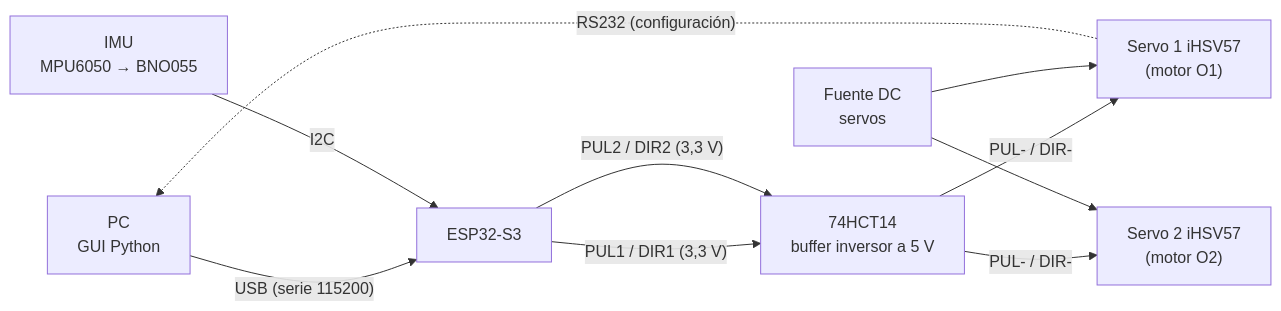
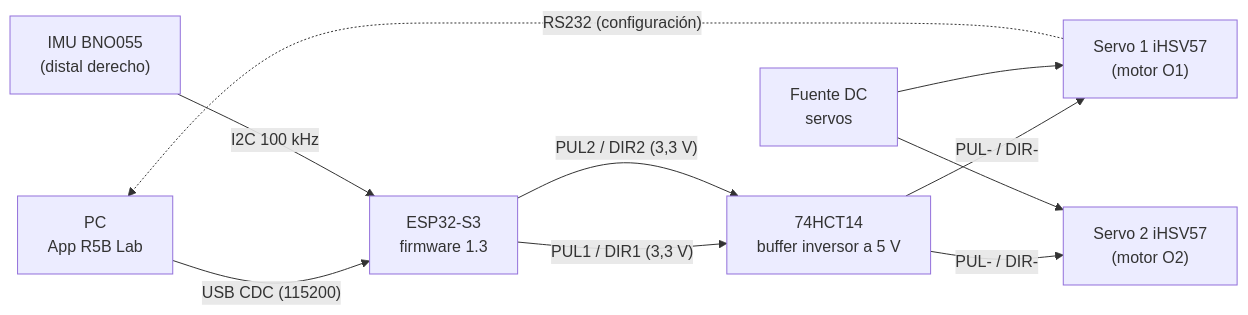
One commit to Luna-stack133/Robot-5-barras changed the diagram in docs/02-hardware.md. Above: the diagram before and after it, drawn with Mermaid. The commit also changed other lines of this file and 92 other files, not shown here.

````diff
--- a/docs/02-hardware.md
+++ b/docs/02-hardware.md
@@ -5,12 +5,12 @@
 ```mermaid
 flowchart LR
-    PC["PC<br/>GUI Python"] -- "USB (serie 115200)" --> ESP["ESP32-S3"]
+    PC["PC<br/>App R5B Lab"] -- "USB CDC (115200)" --> ESP["ESP32-S3<br/>firmware 1.3"]
     ESP -- "PUL1 / DIR1 (3,3 V)" --> BUF["74HCT14<br/>buffer inversor a 5 V"]
     ESP -- "PUL2 / DIR2 (3,3 V)" --> BUF
     BUF -- "PUL- / DIR-" --> S1["Servo 1 iHSV57<br/>(motor O1)"]
     BUF -- "PUL- / DIR-" --> S2["Servo 2 iHSV57<br/>(motor O2)"]
     FUENTE["Fuente DC<br/>servos"] --> S1
     FUENTE --> S2
-    IMU["IMU<br/>MPU6050 → BNO055"] -- "I2C" --> ESP
+    IMU["IMU BNO055<br/>(distal derecho)"] -- "I2C 100 kHz" --> ESP
     S1 -. "RS232 (configuración)" .-> PC
 ```
````
